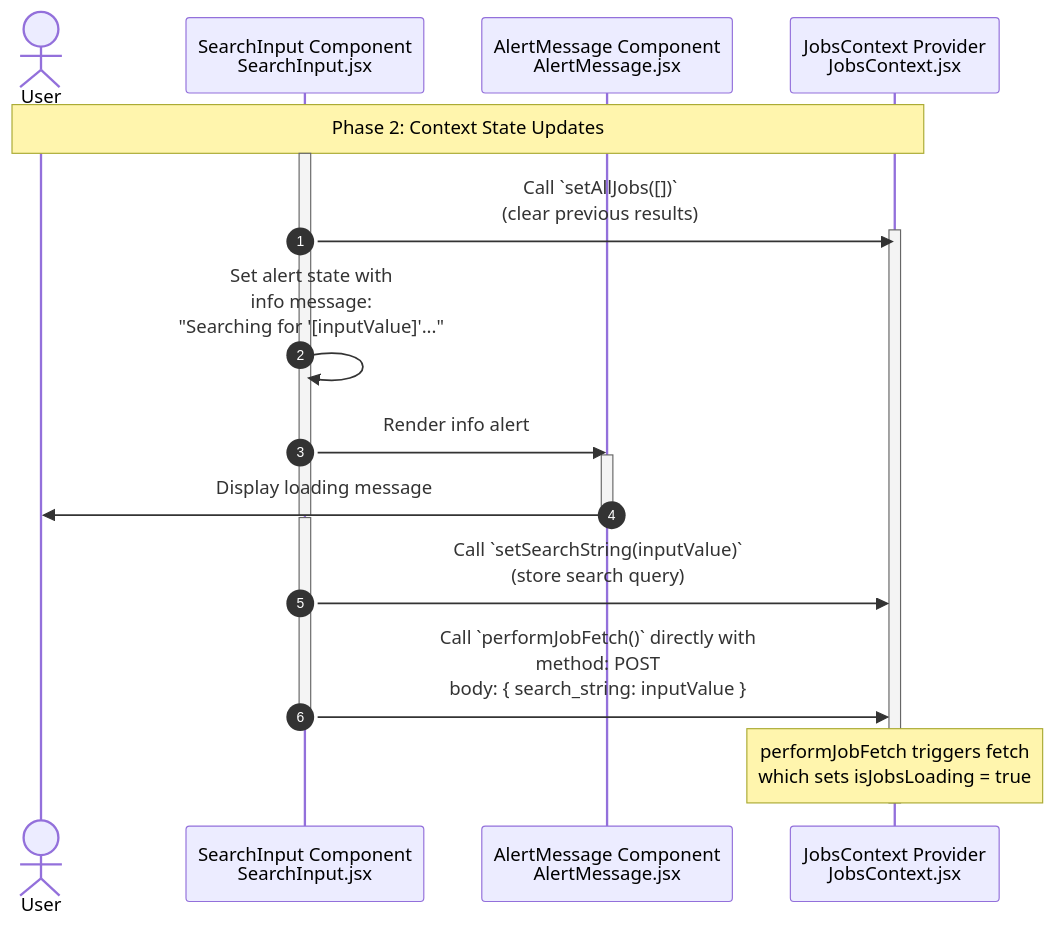
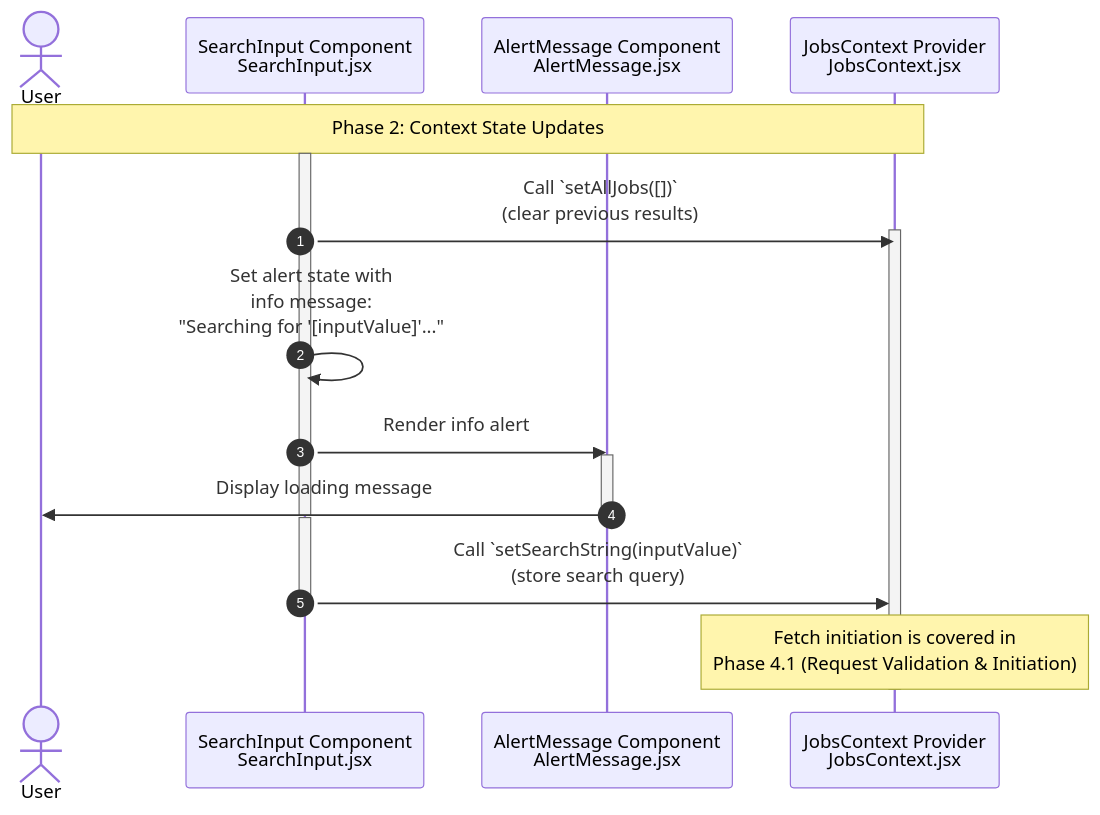
One commit to YahyaAl-Ademi/2025.10.23-JobCompass changed the diagram in documentation/jobFetch/2.Context State Updates.md. Above: the diagram before and after it, drawn with Mermaid.

Commit message:
Remove direct call to performJobFetch from context state updates diagram for clarity

````diff
--- a/documentation/jobFetch/2.Context State Updates.md
+++ b/documentation/jobFetch/2.Context State Updates.md
@@ -7,37 +7,33 @@
 ```mermaid
 sequenceDiagram
     autonumber
     actor User
     %% File paths:
     %% SearchInput: client/src/components/SearchInput/SearchInput.jsx
     %% AlertMessage: client/src/components/AlertMessage/AlertMessage.jsx
     %% JobsContext: client/src/context/JobsContext.jsx
     participant SearchInput as SearchInput Component<br/>SearchInput.jsx
     participant AlertMessage as AlertMessage Component<br/>AlertMessage.jsx
     participant JobsContext as JobsContext Provider<br/>JobsContext.jsx
 
     Note over User,JobsContext: Phase 2: Context State Updates
     activate SearchInput
     SearchInput->>JobsContext: Call `setAllJobs([])`<br/>(clear previous results)
     activate JobsContext
     deactivate SearchInput
 
     activate SearchInput
     SearchInput->>SearchInput: Set alert state with<br/>info message:<br/>"Searching for '[inputValue]'..."
     SearchInput->>AlertMessage: Render info alert
     activate AlertMessage
     AlertMessage->>User: Display loading message
     deactivate AlertMessage
     deactivate SearchInput
 
     activate SearchInput
     SearchInput->>JobsContext: Call `setSearchString(inputValue)`<br/>(store search query)
     deactivate SearchInput
 
-    activate SearchInput
-    SearchInput->>JobsContext: Call `performJobFetch()` directly with<br/>method: POST<br/>body: { search_string: inputValue }
-    deactivate SearchInput
-
-    Note over JobsContext: performJobFetch triggers fetch<br/>which sets isJobsLoading = true
+    Note over JobsContext: Fetch initiation is covered in<br/>Phase 4.1 (Request Validation & Initiation)
     deactivate JobsContext
 ```
````
